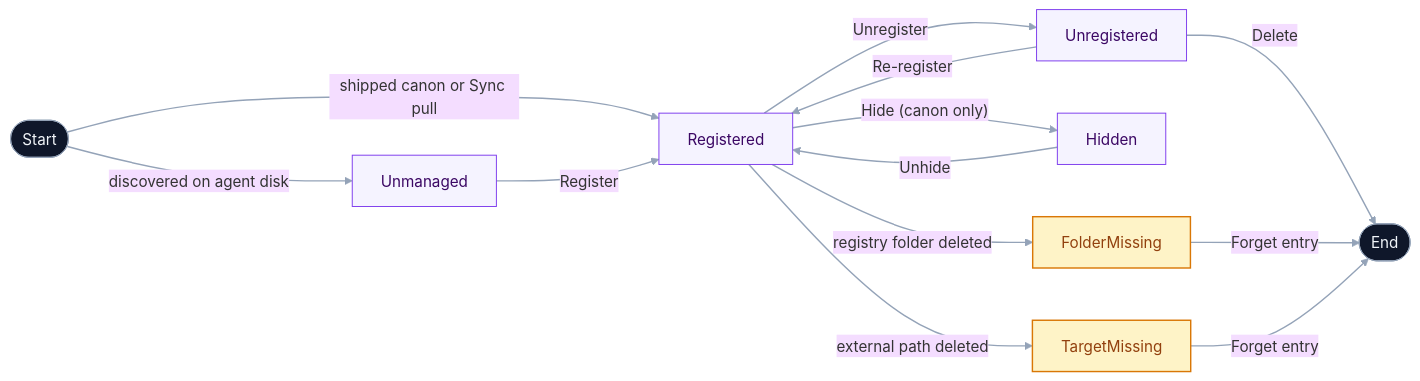
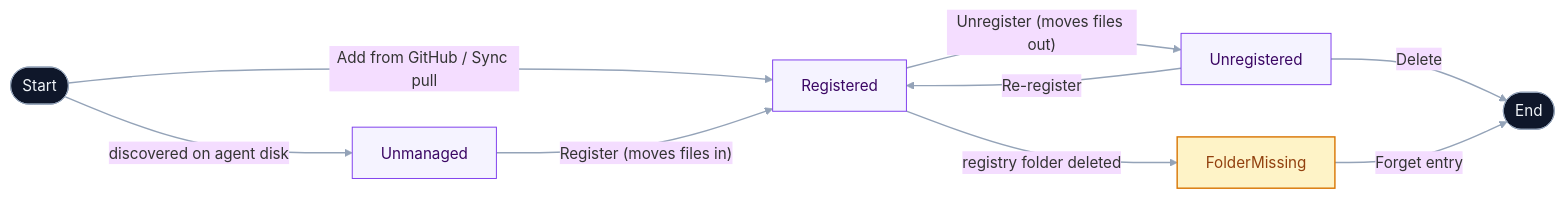
The diagram in packages/docs/concepts.md (Tyler-Reagan/skills-bank), drawn with Mermaid before and after one commit. The commit also changed other lines of this file and 1 other file, not shown here.

First line of the commit message:
docs: rewrite concepts.md + refresh core INVENTORY for adopted-only model (ADR-0022 commit 5)

````diff
--- a/packages/docs/concepts.md
+++ b/packages/docs/concepts.md
@@ -25,40 +34,34 @@
 ```mermaid
 ---
 config:
   theme: base
   flowchart:
     nodeSpacing: 55
     rankSpacing: 85
     curve: basis
 ---
 flowchart LR
     classDef heal fill:#fef3c7,stroke:#d97706,color:#92400e,stroke-width:1.5px
     classDef terminal fill:#0f172a,stroke:#94a3b8,color:#f1f5f9
     classDef state fill:#f5f3ff,stroke:#7c3aed,color:#3b0764
 
     Start([Start]):::terminal
     Done([End]):::terminal
     Unmanaged:::state
     Registered:::state
     Unregistered:::state
-    Hidden:::state
 
     Start -->|"discovered on agent disk"| Unmanaged
-    Start -->|"shipped canon or Sync pull"| Registered
-    Unmanaged -->|"Register"| Registered
-    Registered -->|"Unregister"| Unregistered
+    Start -->|"Add from GitHub / Sync pull"| Registered
+    Unmanaged -->|"Register (moves files in)"| Registered
+    Registered -->|"Unregister (moves files out)"| Unregistered
     Unregistered -->|"Re-register"| Registered
     Unregistered -->|"Delete"| Done
 
-    Registered -->|"Hide (canon only)"| Hidden
-    Hidden -->|"Unhide"| Registered
-
     Registered -->|"registry folder deleted"| FolderMissing
     FolderMissing -->|"Forget entry"| Done
-    Registered -->|"external path deleted"| TargetMissing
-    TargetMissing -->|"Forget entry"| Done
 
-    class FolderMissing,TargetMissing heal
+    class FolderMissing heal
 
     linkStyle default stroke:#94a3b8,stroke-width:1.5px,fill:none
 ```
````
